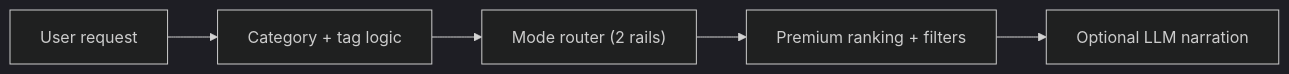
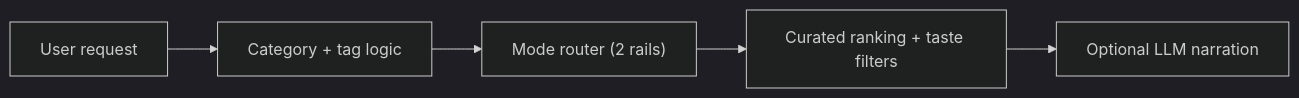
One commit to Humbl-club/Kuro-Anime-App changed the second of 6 diagrams in CURRENT_APP_STATE_PLAIN.md. Above: the diagram before and after it, drawn with Mermaid (dark theme). The commit also changed other lines of this file and 3 other files, not shown here.

Commit message:
chore: refine concierge import paste flow and docs state

````diff
--- a/CURRENT_APP_STATE_PLAIN.md
+++ b/CURRENT_APP_STATE_PLAIN.md
@@ -174,7 +174,7 @@
 ```mermaid
 flowchart LR
   A[User request] --> B[Category + tag logic]
   B --> C["Mode router (2 rails)"]
-  C --> D[Premium ranking + filters]
+  C --> D[Curated ranking + taste filters]
   D --> E[Optional LLM narration]
 ```
````
